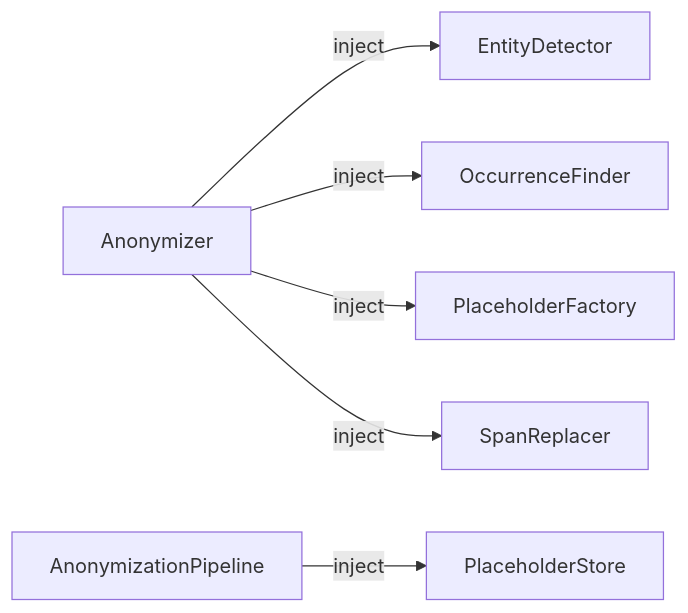
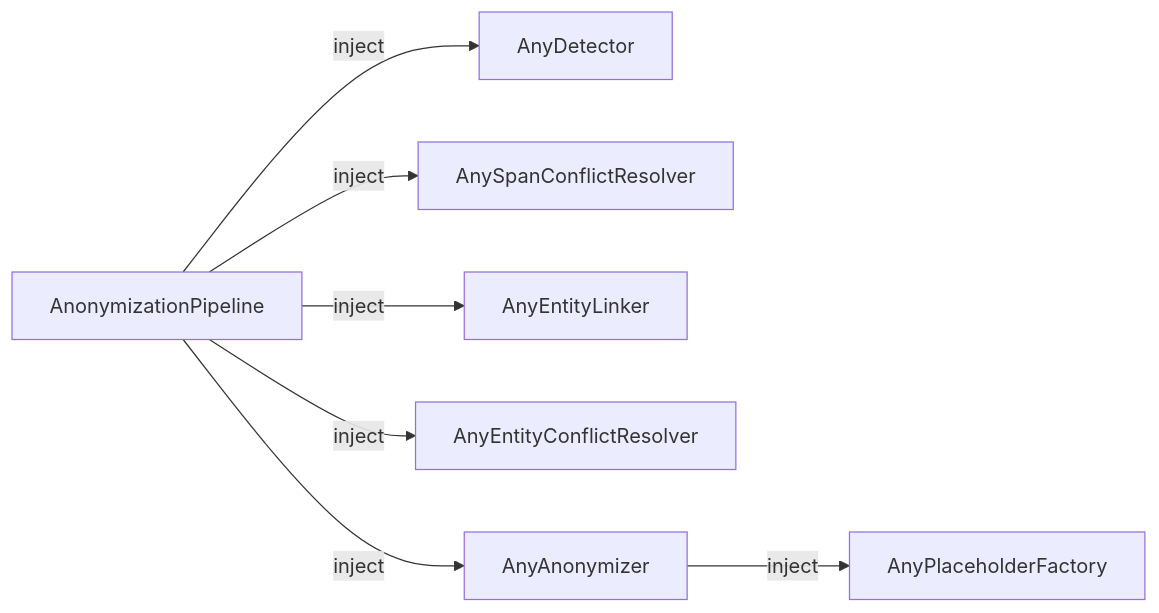
One commit to Athroniaeth/piighost changed the diagram in docs/fr/extending.md. Above: the diagram before and after it, drawn with Mermaid. The commit also changed other lines of this file and 32 other files, not shown here.

Commit message:
docs: rewrite all documentation for new architecture

````diff
--- a/docs/fr/extending.md
+++ b/docs/fr/extending.md
@@ -9,8 +9,9 @@
 ```mermaid
 flowchart LR
-    A[Anonymizer] -->|inject| B[EntityDetector]
-    A -->|inject| C[OccurrenceFinder]
-    A -->|inject| D[PlaceholderFactory]
-    A -->|inject| E[SpanReplacer]
-    F[AnonymizationPipeline] -->|inject| G[PlaceholderStore]
+    A[AnonymizationPipeline] -->|inject| B[AnyDetector]
+    A -->|inject| C[AnySpanConflictResolver]
+    A -->|inject| D[AnyEntityLinker]
+    A -->|inject| E[AnyEntityConflictResolver]
+    A -->|inject| F[AnyAnonymizer]
+    F -->|inject| G[AnyPlaceholderFactory]
 ```
````
